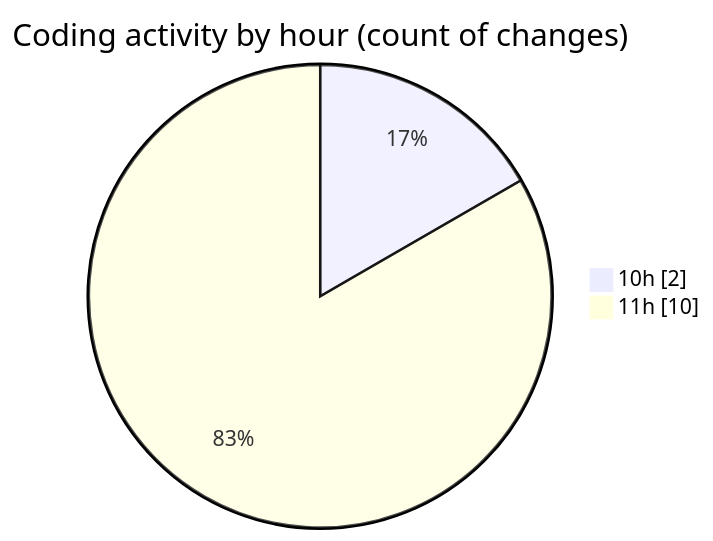
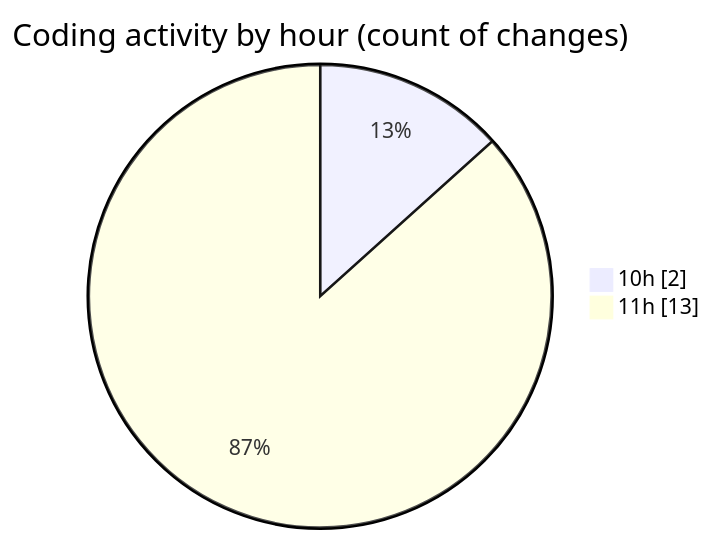
One commit to donsfak/code-tracking changed the second of 2 diagrams in 2026-10-06/portofolio-main/README.md. Above: the diagram before and after it, drawn with Mermaid. The commit also changed other lines of this file and 1 other file, not shown here.

````diff
--- a/2026-10-06/portofolio-main/README.md
+++ b/2026-10-06/portofolio-main/README.md
@@ -33,6 +33,6 @@
 ```mermaid
 pie showData
 title Coding activity by hour (count of changes)
 "10h" : 2
-"11h" : 10
+"11h" : 13
 ```
````
